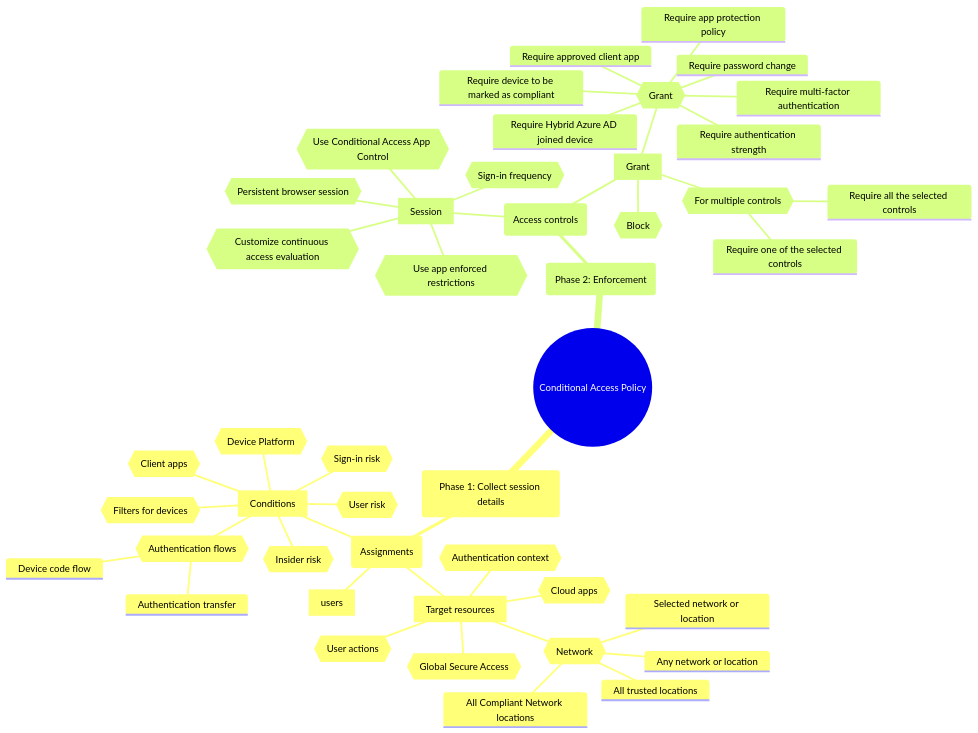
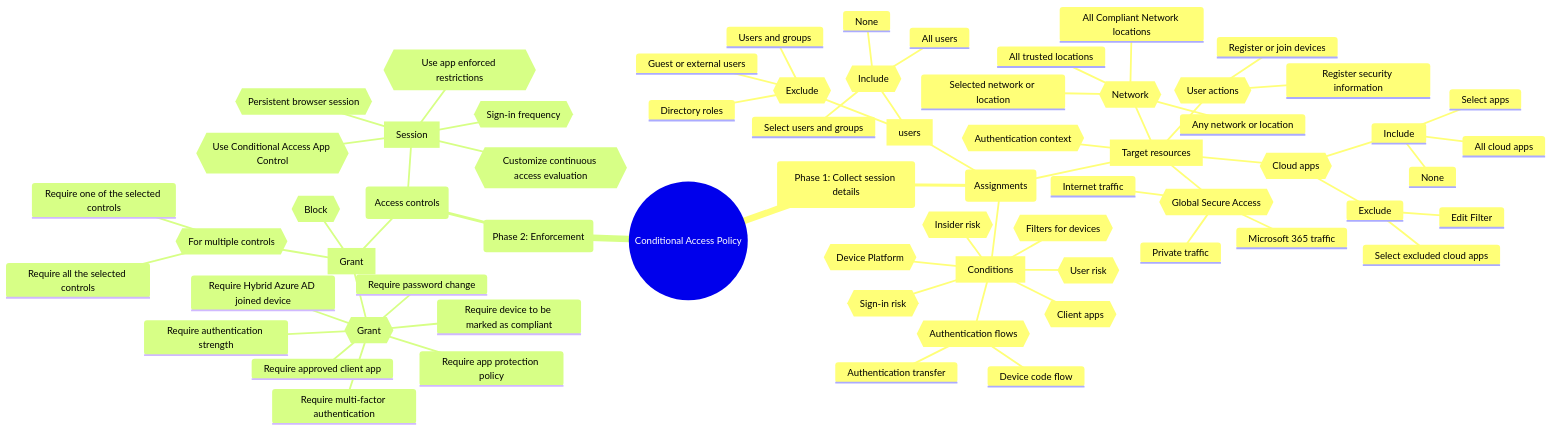
One commit to rfernandezdo/rfernandezdo.github.io changed the diagram in docs/blog/posts/2024/06/20240617_Microsoft Entra Conditional Access.md. Above: the diagram before and after it, drawn with Mermaid. The commit also changed other lines of this file and 24 other files, not shown here.

````diff
--- a/docs/blog/posts/2024/06/20240617_Microsoft Entra Conditional Access.md
+++ b/docs/blog/posts/2024/06/20240617_Microsoft Entra Conditional Access.md
@@ -145,48 +165,68 @@
 ```mermaid
 mindmap
     root((Conditional Access Policy))
       (Phase 1: Collect session details)
         (Assignments)        
           [users]
+            {{Include}}
+              None
+              All users
+              Select users and groups
+            {{Exclude}}
+              Guest or external users
+              Directory roles
+              Users and groups
           [Target resources]
             {{Cloud apps}}
+              Include
+                None
+                All cloud apps
+                Select apps
+              Exclude
+                Edit Filter
+                Select excluded cloud apps
             {{User actions}}
+              Register security information
+              Register or join devices
             {{Global Secure Access}}
+              Microsoft 365 traffic
+              Internet traffic
+              Private traffic
             {{Authentication context}}
             {{Network}}
               Any network or location
               All trusted locations
               All Compliant Network locations
               Selected network or location
           [Conditions]
             {{User risk}}
             {{Sign-in risk}}
             {{Insider risk}}
             {{Device Platform}}
             {{Client apps}}
             {{Filters for devices}}
             {{Authentication flows}}
               Device code flow
               Authentication transfer
       (Phase 2: Enforcement)
         (Access controls)
           [Grant]
             {{Block}}
             {{Grant}}
               Require multi-factor authentication
               Require authentication strength
               Require device to be marked as compliant
               Require Hybrid Azure AD joined device
               Require approved client app
               Require app protection policy
               Require password change
             {{For multiple controls}}
               Require all the selected controls
               Require one of the selected controls
           [Session]
             {{Use app enforced restrictions}}
             {{Use Conditional Access App Control}}
             {{Sign-in frequency}}
             {{Persistent browser session}}
             {{Customize continuous access evaluation}}
 ```
````
